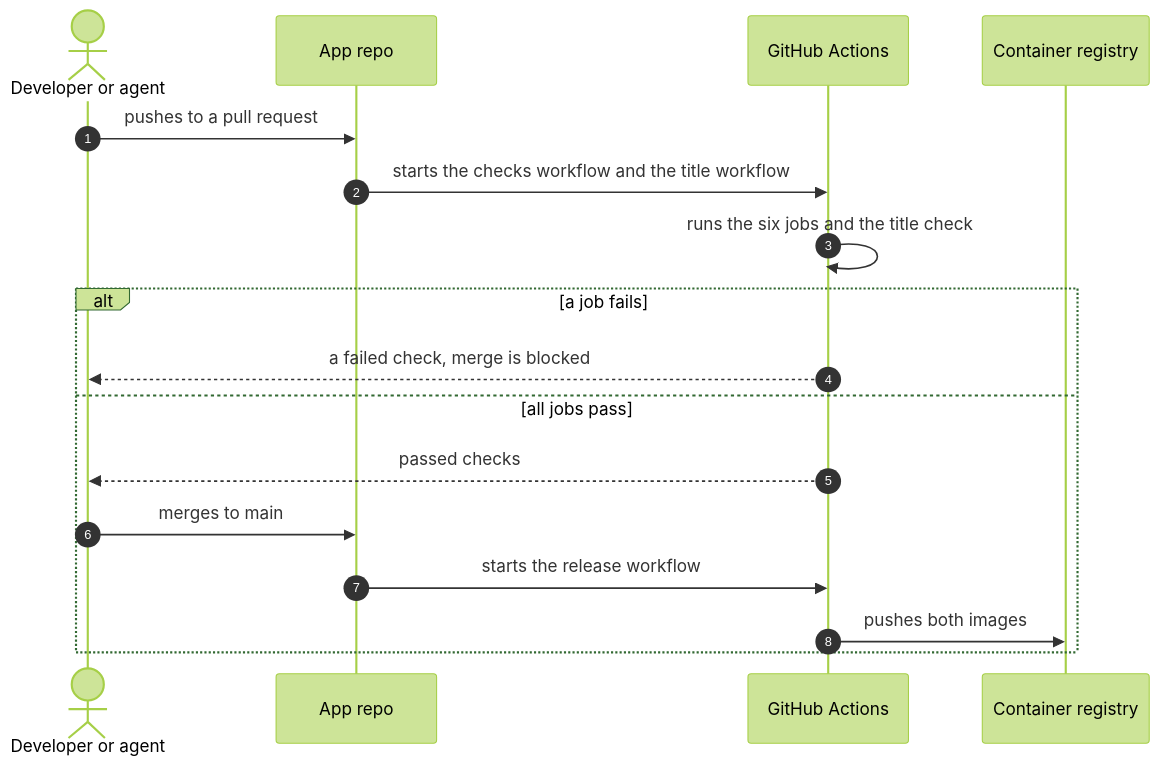
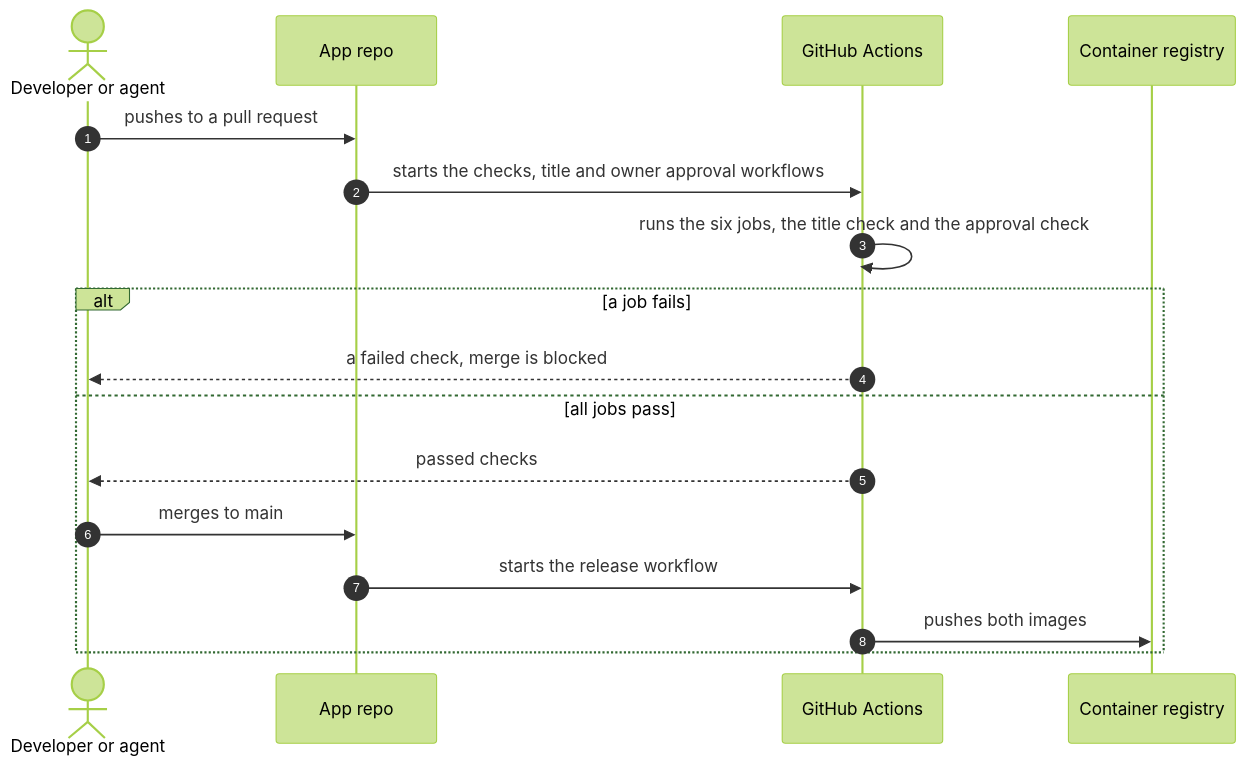
One commit to lyeyixian/job-search-app changed the diagram in docs/architecture/checks.md. Above: the diagram before and after it, drawn with Mermaid (forest theme). The commit also changed other lines of this file and 1 other file, not shown here.

First line of the commit message:
ci: require the owner's label on changes to ADRs and features

````diff
--- a/docs/architecture/checks.md
+++ b/docs/architecture/checks.md
@@ -9,20 +9,20 @@
 ```mermaid
 sequenceDiagram
     autonumber
     actor Dev as Developer or agent
     participant Repo as App repo
     participant CI as GitHub Actions
     participant Reg as Container registry
 
     Dev->>Repo: pushes to a pull request
-    Repo->>CI: starts the checks workflow and the title workflow
-    CI->>CI: runs the six jobs and the title check
+    Repo->>CI: starts the checks, title and owner approval workflows
+    CI->>CI: runs the six jobs, the title check and the approval check
     alt a job fails
         CI-->>Dev: a failed check, merge is blocked
     else all jobs pass
         CI-->>Dev: passed checks
         Dev->>Repo: merges to main
         Repo->>CI: starts the release workflow
         CI->>Reg: pushes both images
     end
 ```
````
